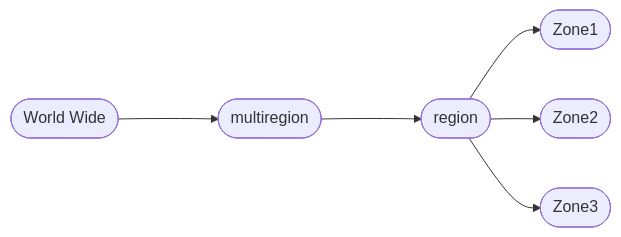
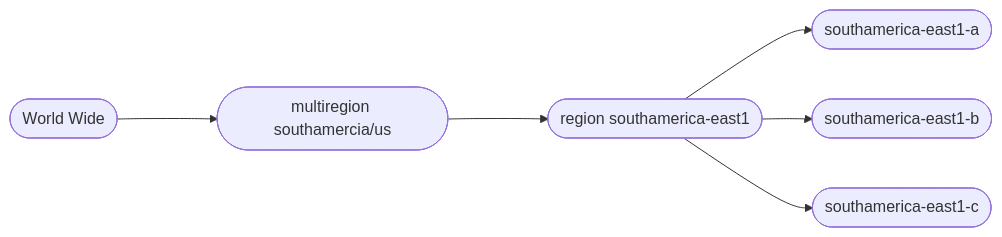
Before and after one commit to MEziliano/second-brain: the second of 2 diagrams in GCP/certifications/PMLE/docs/01_Intro.md, drawn with Mermaid. The commit also changed other lines of this file, not shown here.

````diff
--- a/GCP/certifications/PMLE/docs/01_Intro.md
+++ b/GCP/certifications/PMLE/docs/01_Intro.md
@@ -8,10 +53,10 @@
 ```mermaid
 flowchart LR
 
-    a([World Wide]) ---> b([multiregion]) ---> c([region]) 
+    a([World Wide]) ---> b([multiregion southamercia/us]) ---> c([region southamerica-east1]) 
 
-    c --> c1([Zone1])
-    c --> c2([Zone2])
-    c --> c3([Zone3])
+    c --> c1([southamerica-east1-a])
+    c --> c2([southamerica-east1-b])
+    c --> c3([southamerica-east1-c])
 
 ```
````
